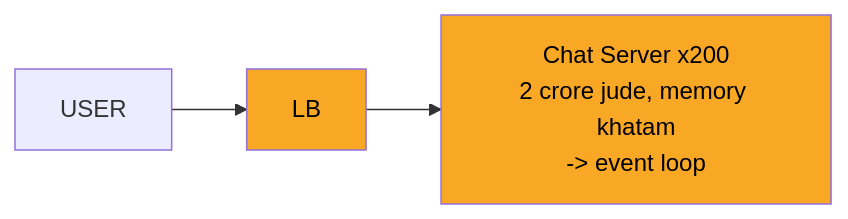
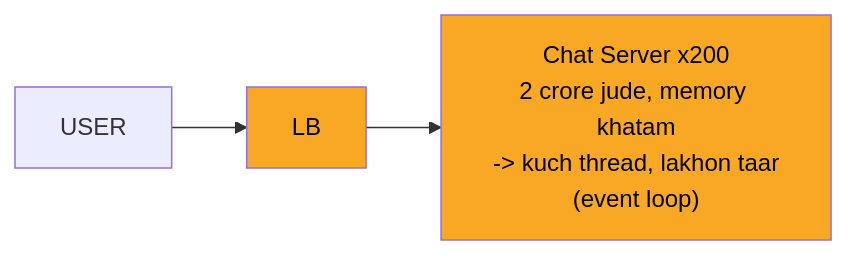
The second of 12 diagrams in 04_HLD/SYSTEM_DESIGNS/14_chat_messaging/14_chat_messaging.md (ArpanMaheshwari144/Prep), drawn with Mermaid before and after one commit. The commit also changed other lines of this file and 13 other files, not shown here.

````diff
--- a/04_HLD/SYSTEM_DESIGNS/14_chat_messaging/14_chat_messaging.md
+++ b/04_HLD/SYSTEM_DESIGNS/14_chat_messaging/14_chat_messaging.md
@@ -122,10 +122,10 @@
 ```mermaid
 flowchart LR
     n_U["USER"]
     n_LB["LB"]
-    n_CS["Chat Server x200<br/>2 crore jude, memory khatam<br/>-> event loop"]
+    n_CS["Chat Server x200<br/>2 crore jude, memory khatam<br/>-> kuch thread, lakhon taar<br/>(event loop)"]
     n_U --> n_LB
     n_LB --> n_CS
     style n_CS fill:#f9a825,color:#000
     style n_LB fill:#f9a825,color:#000
 ```
````
